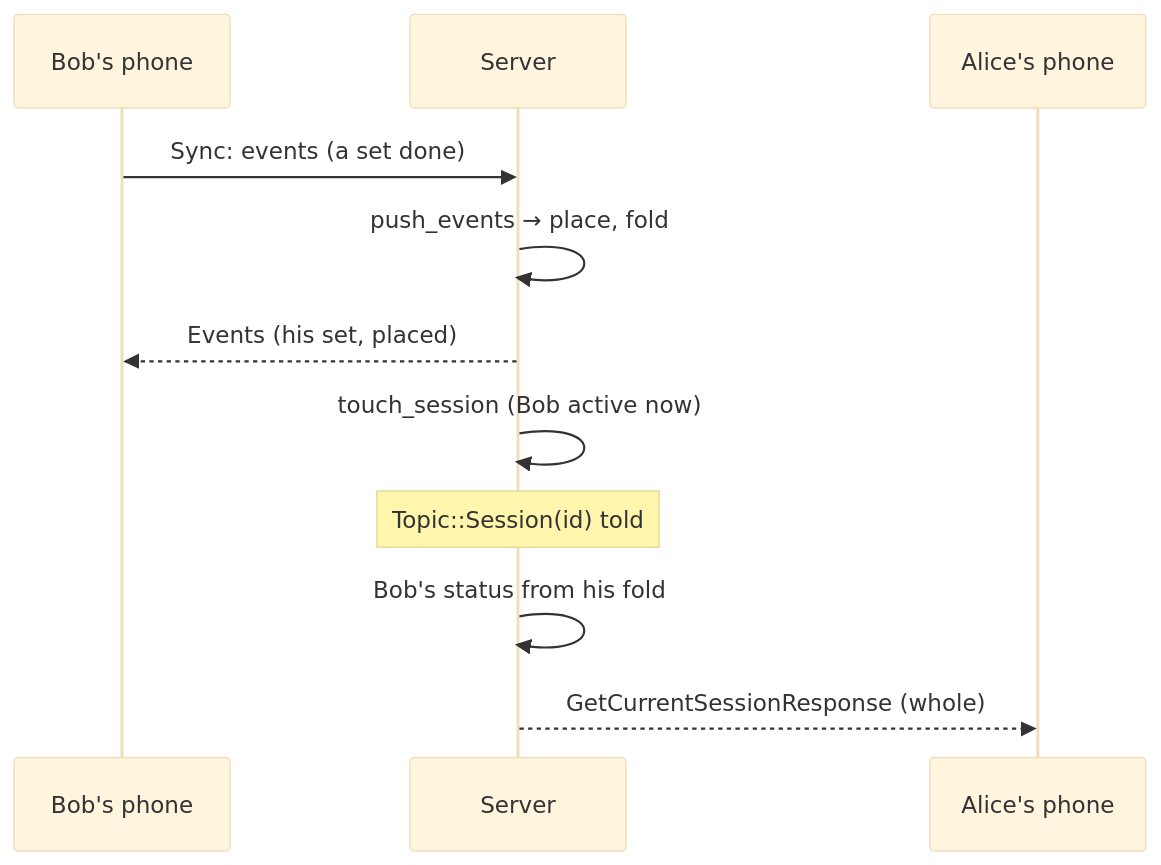
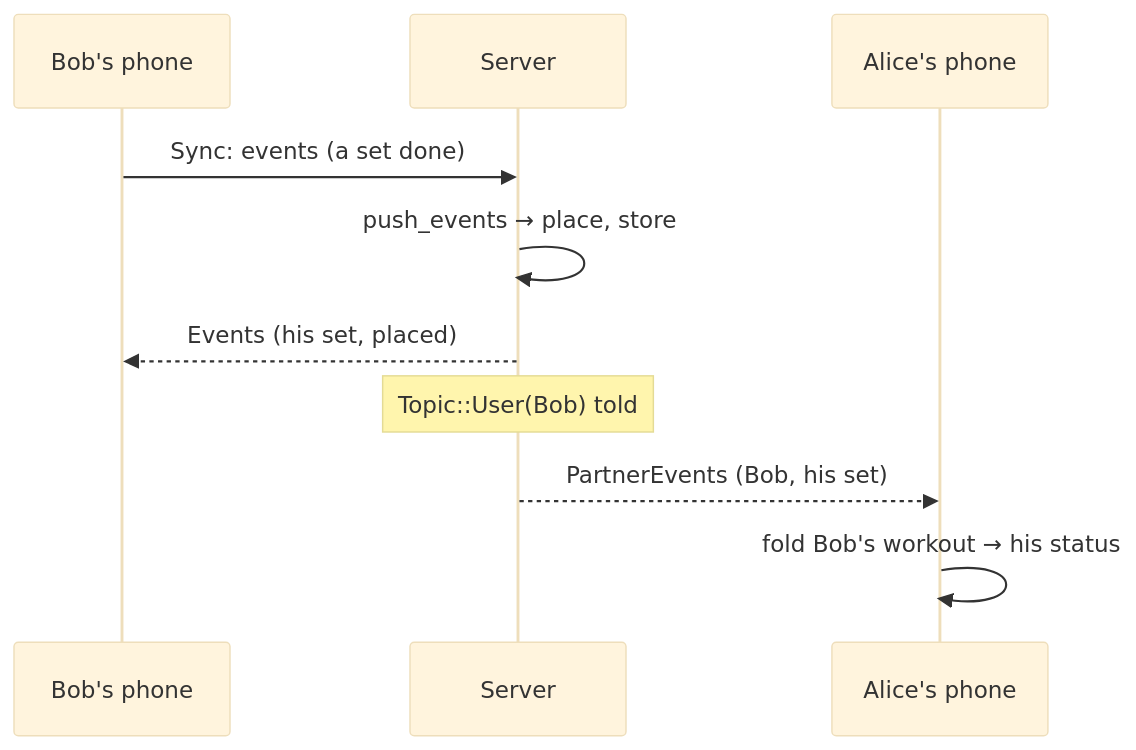
The fourth of 4 diagrams in docs/architecture/multiplayer.md (brensch/lift), drawn with Mermaid (base theme) before and after one commit. The commit also changed other lines of this file and 68 other files, not shown here.

````diff
--- a/docs/architecture/multiplayer.md
+++ b/docs/architecture/multiplayer.md
@@ -98,14 +115,13 @@
 ```mermaid
 sequenceDiagram
     participant B as Bob's phone
     participant S as Server
     participant A as Alice's phone
 
     B->>S: Sync: events (a set done)
-    S->>S: push_events → place, fold
+    S->>S: push_events → place, store
     S-->>B: Events (his set, placed)
-    S->>S: touch_session (Bob active now)
-    Note over S: Topic::Session(id) told
-    S->>S: Bob's status from his fold
-    S-->>A: GetCurrentSessionResponse (whole)
+    Note over S: Topic::User(Bob) told
+    S-->>A: PartnerEvents (Bob, his set)
+    A->>A: fold Bob's workout → his status
 ```
````
